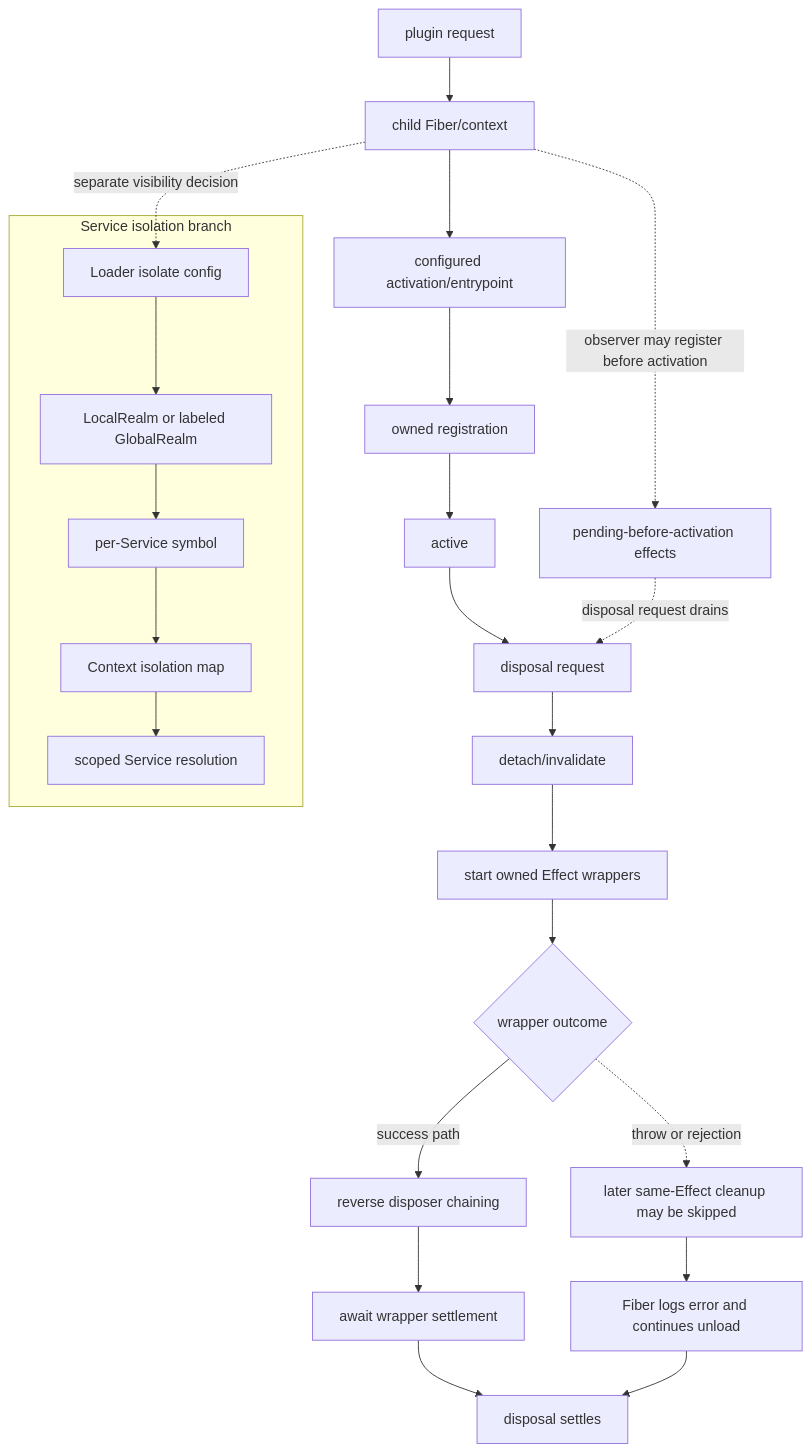
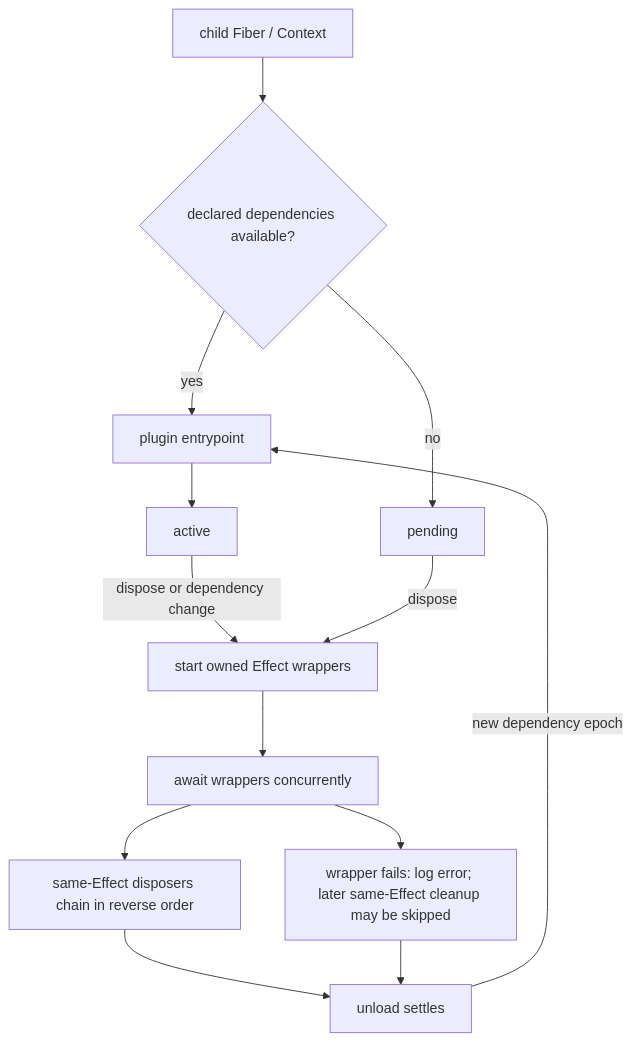
The diagram in docs/deep-dives/cordis-lifecycle.md (yang0228/deepseek-harness-analysis), drawn with Mermaid before and after one commit. The commit also changed other lines of this file and 35 other files, not shown here.

````diff
--- a/docs/deep-dives/cordis-lifecycle.md
+++ b/docs/deep-dives/cordis-lifecycle.md
@@ -31,12 +31,14 @@
 ```mermaid
 flowchart TD
-  Request["plugin request"] --> Child["child Fiber/context"] --> Activate["configured activation/entrypoint"] --> Register["owned registration"] --> Active["active"] --> Dispose["disposal request"] --> Detach["detach/invalidate"] --> Start["start owned Effect wrappers"] --> Outcome{"wrapper outcome"}
-  Outcome -->|success path| Reverse["reverse disposer chaining"] --> Await["await wrapper settlement"] --> Settled["disposal settles"]
-  Outcome -. "throw or rejection" .-> Skip["later same-Effect cleanup may be skipped"] --> Logged["Fiber logs error and continues unload"] --> Settled
-  Child -. "observer may register before activation" .-> Pending["pending-before-activation effects"]
-  Pending -. "disposal request drains" .-> Dispose
-  subgraph Visibility["Service isolation branch"]
-    Isolation["Loader isolate config"] --> Realm["LocalRealm or labeled GlobalRealm"] --> Symbol["per-Service symbol"] --> Map["Context isolation map"] --> Resolution["scoped Service resolution"]
-  end
-  Child -. "separate visibility decision" .-> Isolation
+  Create["child Fiber / Context"] --> Inject{"declared dependencies available?"}
+  Inject -->|yes| Entry["plugin entrypoint"] --> Active["active"]
+  Inject -->|no| Pending["pending"]
+  Active -->|dispose or dependency change| Unload["start owned Effect wrappers"]
+  Pending -->|dispose| Unload
+  Unload --> Parallel["await wrappers concurrently"]
+  Parallel --> Success["same-Effect disposers chain in reverse order"]
+  Parallel --> Failure["wrapper fails: log error; later same-Effect cleanup may be skipped"]
+  Success --> End["unload settles"]
+  Failure --> End
+  End -->|new dependency epoch| Entry
 ```
````
